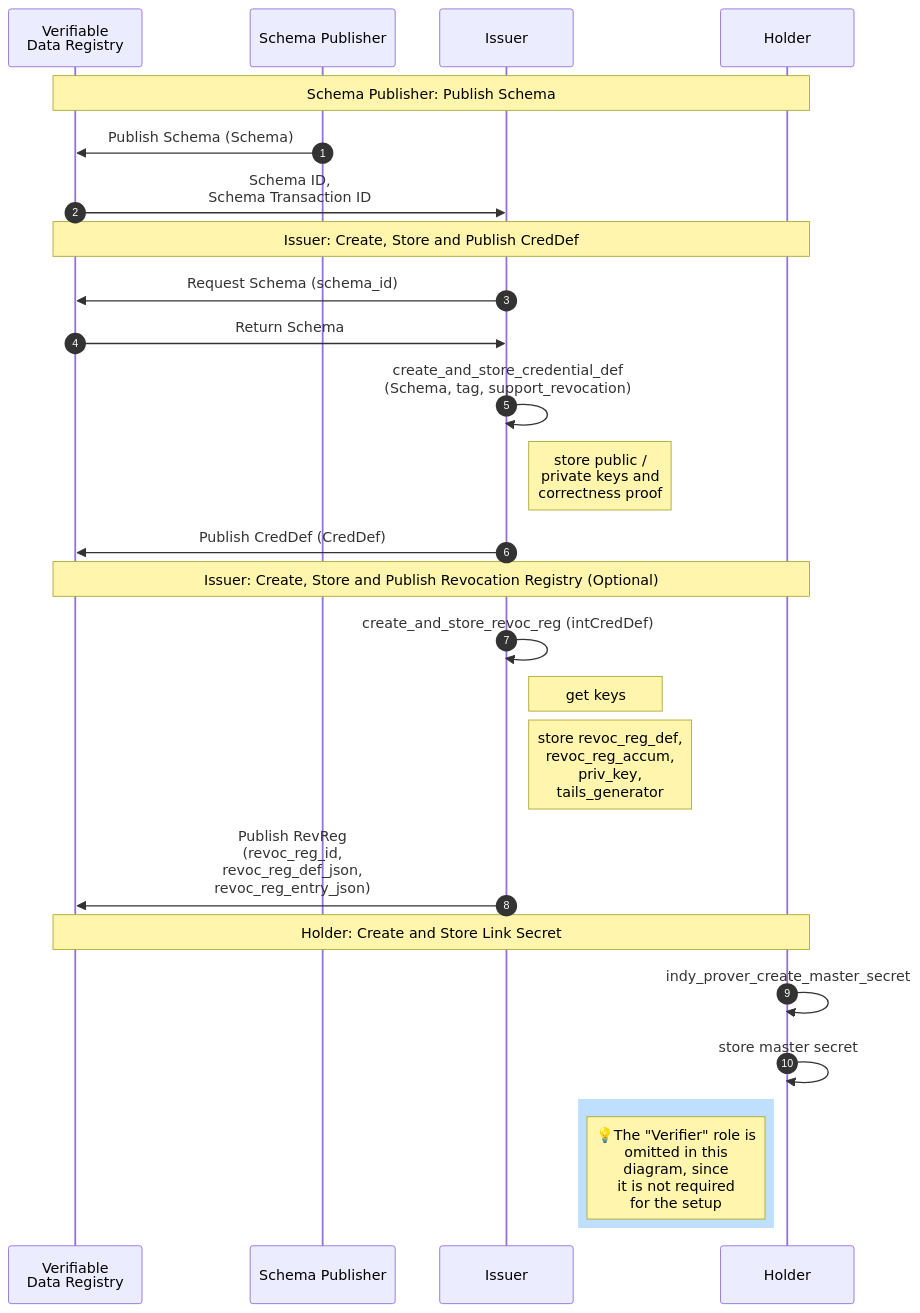
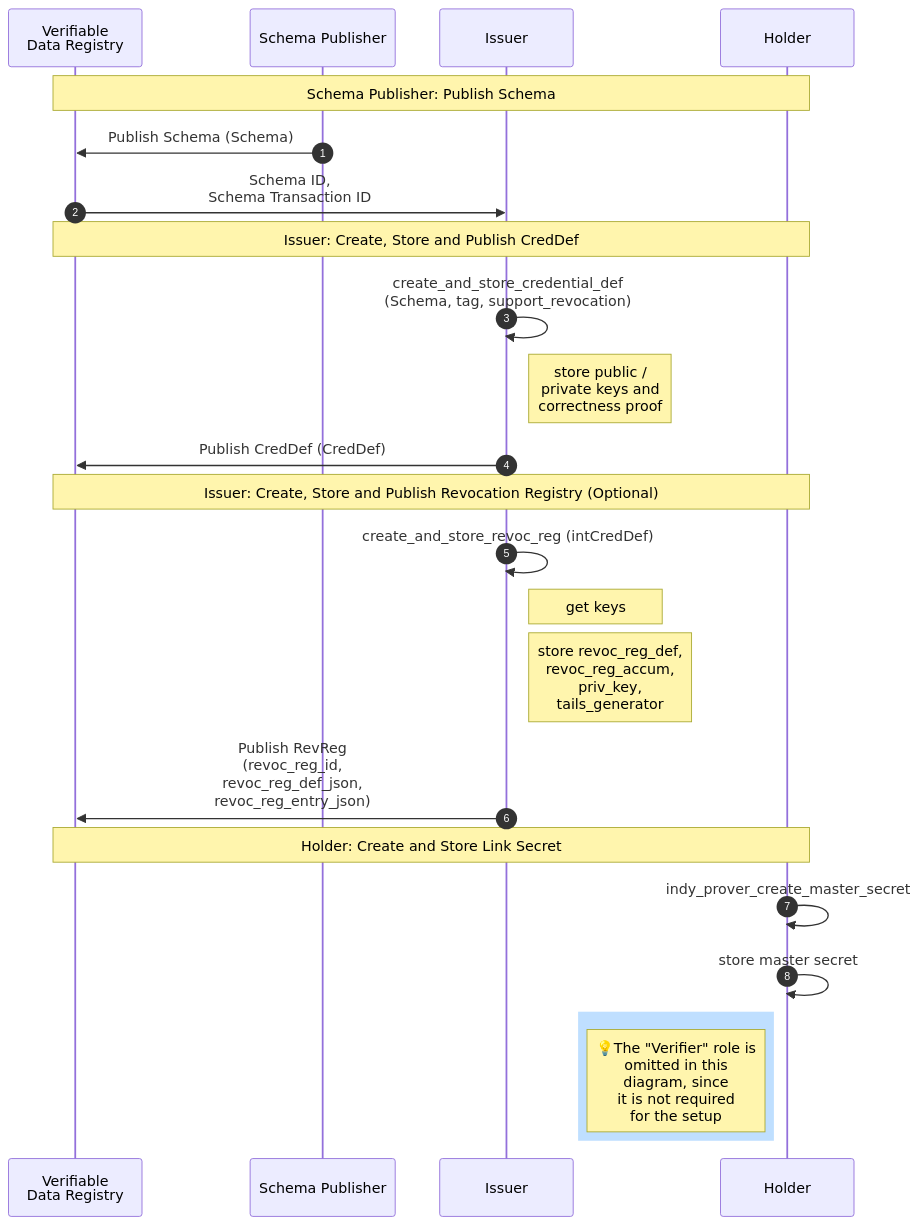
Before and after one commit to hyperledger/anoncreds-spec: the second of 2 diagrams in spec/data_flow_setup.md, drawn with Mermaid. The commit also changed other lines of this file, not shown here.

Commit message:
Update the data flow setup section to be ledger agnostic

````diff
--- a/spec/data_flow_setup.md
+++ b/spec/data_flow_setup.md
@@ -31,36 +31,34 @@
 ```mermaid
 sequenceDiagram
     autonumber
     participant L as Verifiable<br>Data Registry
     participant SP as Schema Publisher
     participant I as Issuer
     participant H as Holder   
     
     Note over L, H: Schema Publisher: Publish Schema
     
     SP ->> L: Publish Schema (Schema)
     L ->> I: Schema ID,<br>Schema Transaction ID
         
     Note over L, H: Issuer: Create, Store and Publish CredDef
    
-    I ->> L: Request Schema (schema_id)
-    L ->> I: Return Schema
     I ->> I: create_and_store_credential_def<br>(Schema, tag, support_revocation)
     Note right of I:   store public / <br> private keys and<br>correctness proof    
     I ->> L: Publish CredDef (CredDef)
 
     Note over L, H: Issuer: Create, Store and Publish Revocation Registry (Optional)
     
     I ->> I: create_and_store_revoc_reg (intCredDef)
     Note right of I: get keys
     Note right of I: store revoc_reg_def,<br>revoc_reg_accum,<br>priv_key,<br>tails_generator
     I ->> L: Publish RevReg <br>(revoc_reg_id,<br>revoc_reg_def_json,<br>revoc_reg_entry_json)
     
     Note over L, H: Holder: Create and Store Link Secret
     
     H ->> H: indy_prover_create_master_secret
     H ->> H: store master secret
     rect rgb(191, 223, 255)
       Note left of H: 💡The "Verifier" role is<br>omitted in this<br>diagram, since<br>it is not required<br>for the setup
     end
 ```
````
